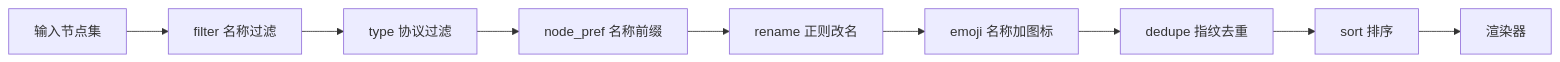
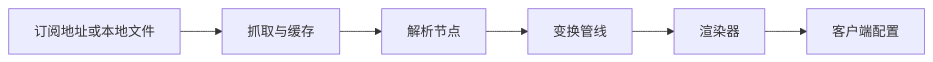
One commit to tktogether/subforge changed the diagram in README.md. Above: the diagram before and after it, drawn with Mermaid. The commit also changed other lines of this file and 11 other files, not shown here.

````diff
--- a/README.md
+++ b/README.md
@@ -114,11 +60,8 @@
 ```mermaid
 flowchart LR
-    A[输入节点集] --> B[filter 名称过滤]
-    B --> C[type 协议过滤]
-    C --> D[node_pref 名称前缀]
-    D --> E[rename 正则改名]
-    E --> F[emoji 名称加图标]
-    F --> G[dedupe 指纹去重]
-    G --> H[sort 排序]
-    H --> I[渲染器]
+    A[订阅地址或本地文件] --> B[抓取与缓存]
+    B --> C[解析节点]
+    C --> D[变换管线]
+    D --> E[渲染器]
+    E --> F[客户端配置]
 ```
````
